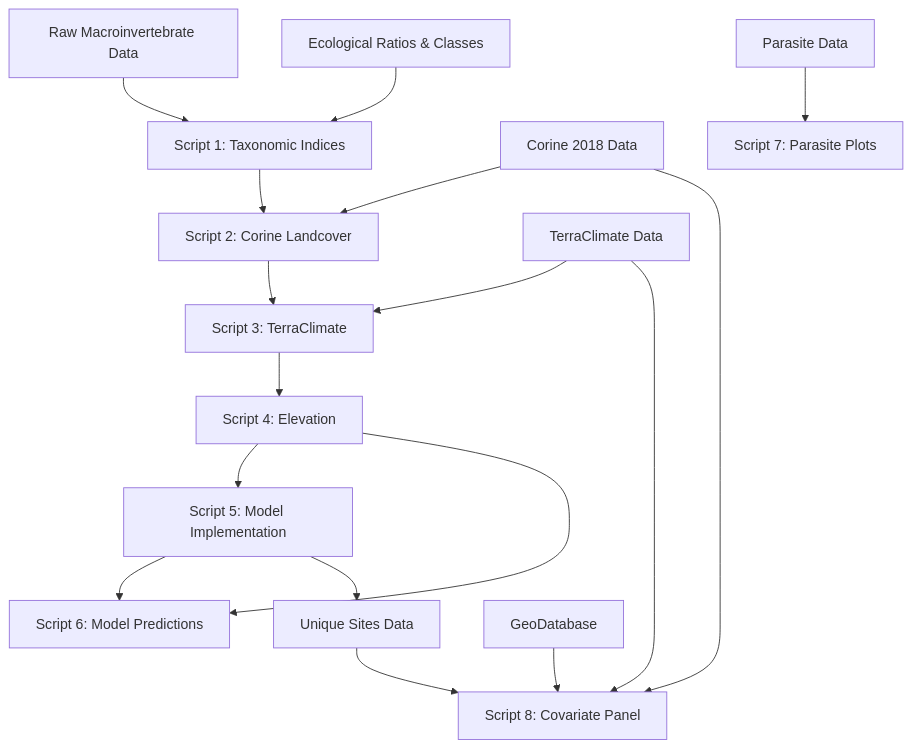
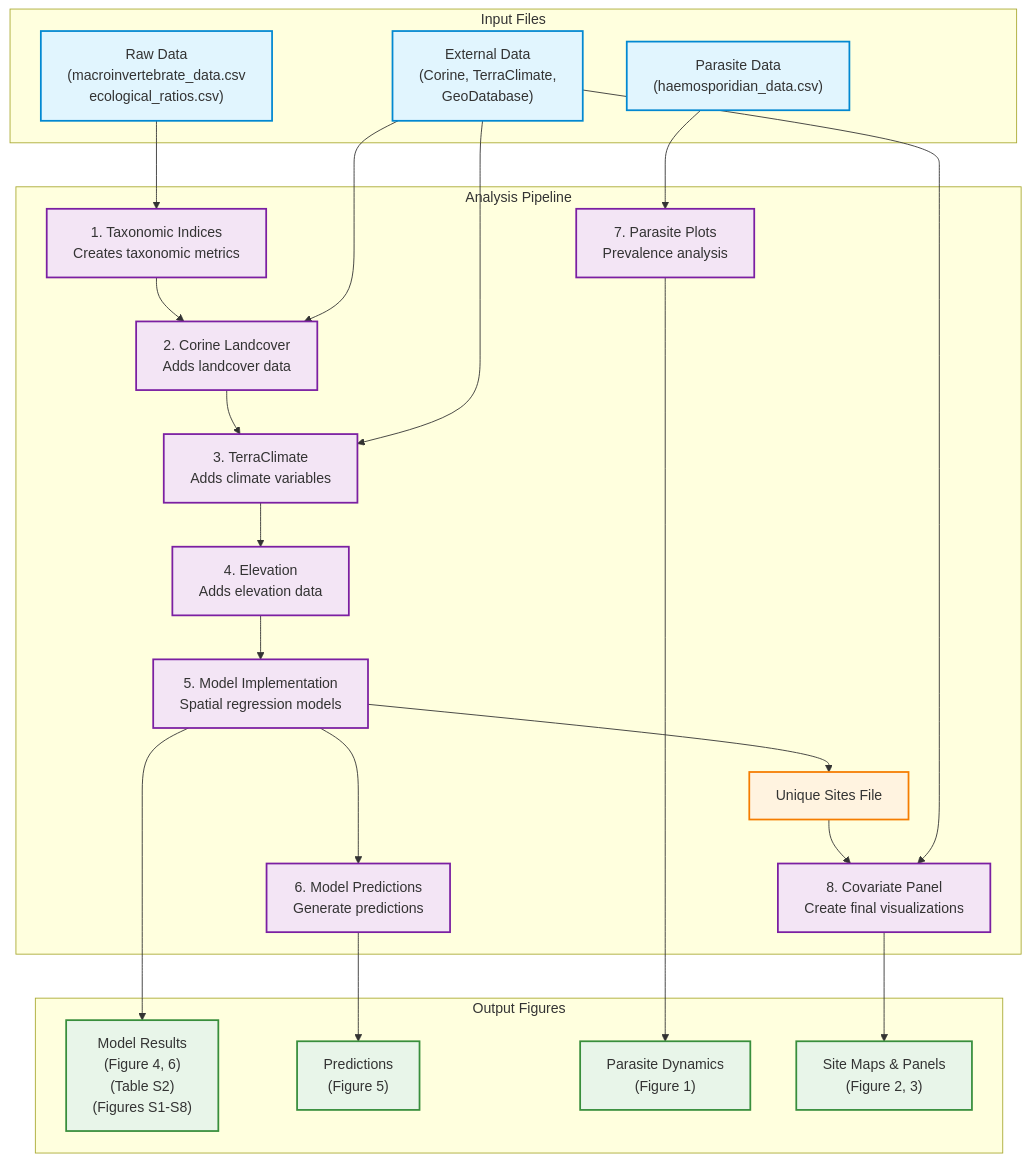
Before and after one commit to HeeeyNathan/Predicting_vector_abundance_in_Lithuania: the diagram in README.md, drawn with Mermaid.

````diff
--- a/README.md
+++ b/README.md
@@ -123,19 +123,41 @@
 ```mermaid
 graph TD
-    A[Raw Macroinvertebrate Data] --> B[Script 1: Taxonomic Indices]
-    A1[Ecological Ratios & Classes] --> B
-    B --> C[Script 2: Corine Landcover]
-    C1[Corine 2018 Data] --> C
-    C --> D[Script 3: TerraClimate]
-    D1[TerraClimate Data] --> D
-    D --> E[Script 4: Elevation]
-    E --> F[Script 5: Model Implementation]
-    F --> G[Script 6: Model Predictions]
-    F --> H[Unique Sites Data]
-    H --> I[Script 8: Covariate Panel]
-    J[Parasite Data] --> K[Script 7: Parasite Plots]
-    E --> G
-    C1 --> I
-    D1 --> I
-    L[GeoDatabase] --> I
+    subgraph Input Files
+        R["Raw Data<br/>(macroinvertebrate_data.csv<br/>ecological_ratios.csv)"]
+        P["Parasite Data<br/>(haemosporidian_data.csv)"]
+        E["External Data<br/>(Corine, TerraClimate,<br/>GeoDatabase)"]
+    end
+    
+    subgraph Analysis Pipeline
+        R --> S1[1. Taxonomic Indices<br/>Creates taxonomic metrics]
+        S1 --> S2[2. Corine Landcover<br/>Adds landcover data]
+        E --> S2
+        S2 --> S3[3. TerraClimate<br/>Adds climate variables]
+        E --> S3
+        S3 --> S4[4. Elevation<br/>Adds elevation data]
+        S4 --> S5[5. Model Implementation<br/>Spatial regression models]
+        S5 --> S6[6. Model Predictions<br/>Generate predictions]
+        S5 --> Sites[Unique Sites File]
+        Sites --> S8[8. Covariate Panel<br/>Create final visualizations]
+        E --> S8
+        P --> S7[7. Parasite Plots<br/>Prevalence analysis]
+    end
+    
+    subgraph Output Figures
+        S5 --> O1["Model Results<br/>(Figure 4, 6)<br/>(Table S2)<br/>(Figures S1-S8)"]
+        S6 --> O2["Predictions<br/>(Figure 5)"]
+        S7 --> O3["Parasite Dynamics<br/>(Figure 1)"]
+        S8 --> O4["Site Maps & Panels<br/>(Figure 2, 3)"]
+    end
+    
+    %% Styling
+    classDef input fill:#e1f5fe,stroke:#0288d1,stroke-width:2px;
+    classDef script fill:#f3e5f5,stroke:#7b1fa2,stroke-width:2px;
+    classDef output fill:#e8f5e9,stroke:#388e3c,stroke-width:2px;
+    classDef intermediate fill:#fff3e0,stroke:#f57c00,stroke-width:2px;
+    
+    class R,P,E input;
+    class S1,S2,S3,S4,S5,S6,S7,S8 script;
+    class O1,O2,O3,O4 output;
+    class Sites intermediate;
 ```
````
